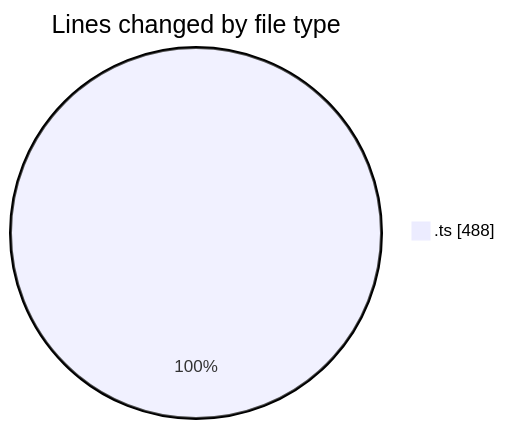
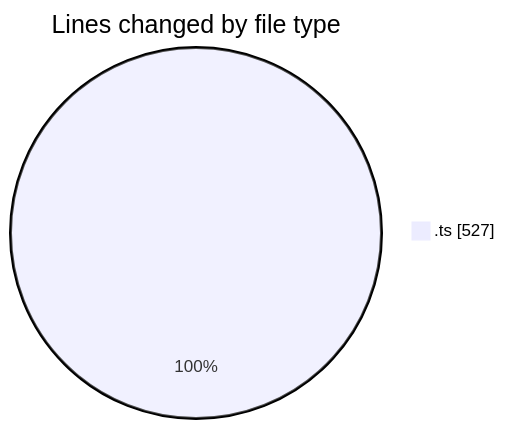
The first of 2 diagrams in 2025-08-07/cda/README.md (momahboobian/code-tracking), drawn with Mermaid before and after one commit. The commit also changed other lines of this file and 1 other file, not shown here.

````diff
--- a/2025-08-07/cda/README.md
+++ b/2025-08-07/cda/README.md
@@ -20,5 +20,5 @@
 ```mermaid
 pie showData
 title Lines changed by file type
-".ts" : 488
+".ts" : 527
 ```
````
